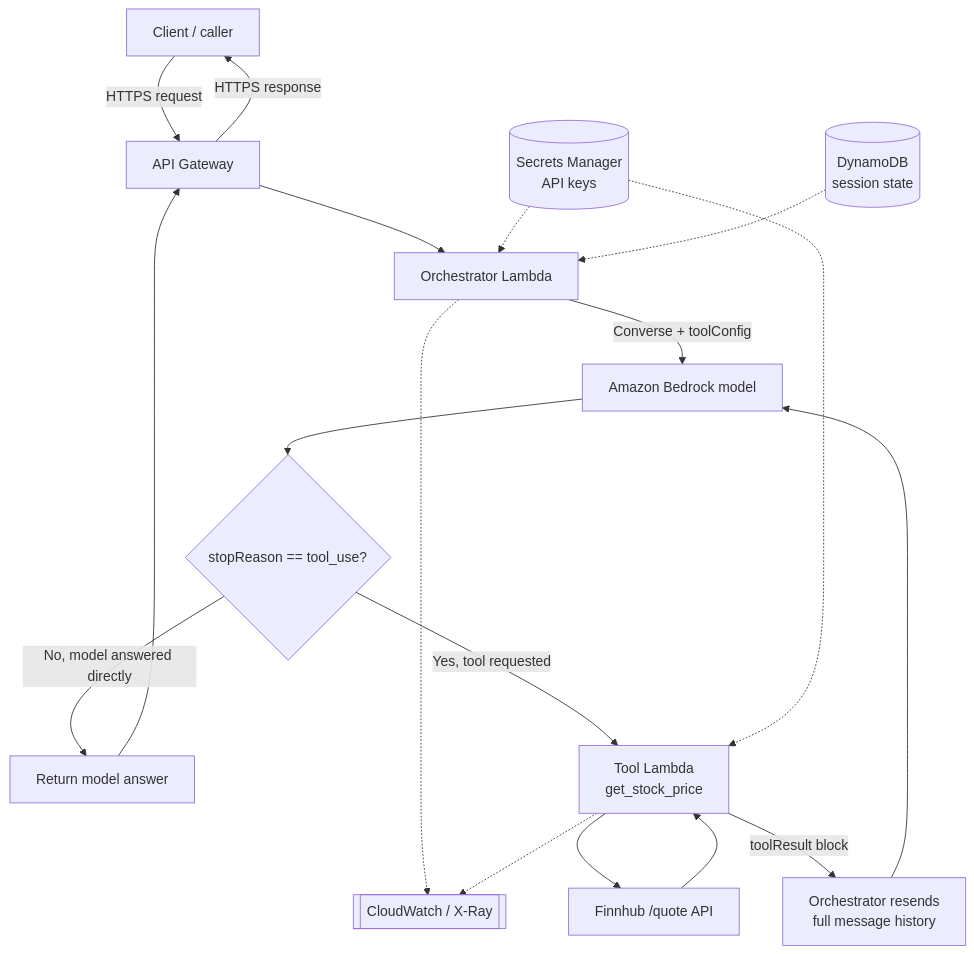
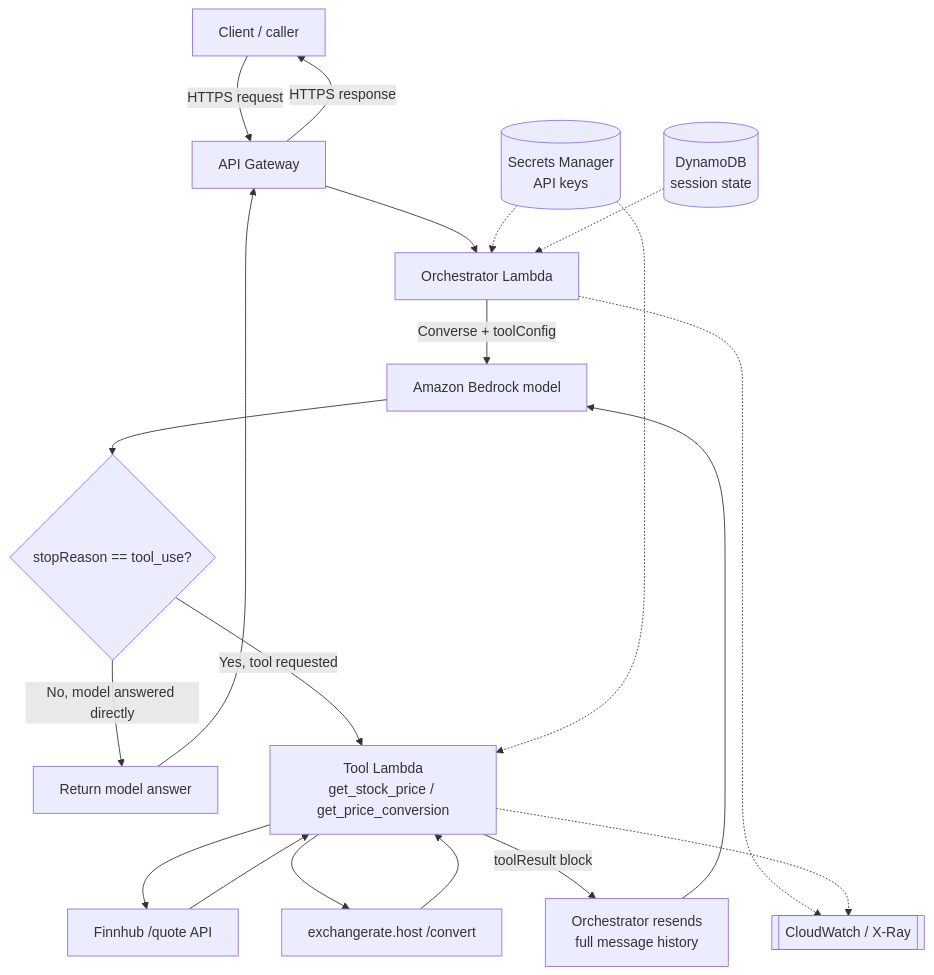
The second of 2 diagrams in ToolCalling/README.md (KiranGunturu/GenAI), drawn with Mermaid before and after one commit. The commit also changed other lines of this file and 4 other files, not shown here.

````diff
--- a/ToolCalling/README.md
+++ b/ToolCalling/README.md
@@ -205,23 +284,25 @@
 ```mermaid
 flowchart TD
     U[Client / caller] -->|HTTPS request| AGW[API Gateway]
     AGW --> ORCH[Orchestrator Lambda]
 
     ORCH -->|Converse + toolConfig| BR[Amazon Bedrock model]
     BR --> DEC{stopReason == tool_use?}
 
     DEC -- No, model answered directly --> OUT[Return model answer]
-    DEC -- Yes, tool requested --> TL[Tool Lambda<br/>get_stock_price]
+    DEC -- Yes, tool requested --> TL[Tool Lambda<br/>get_stock_price / get_price_conversion]
     TL --> FH[Finnhub /quote API]
+    TL --> EX[exchangerate.host /convert]
     FH --> TL
+    EX --> TL
     TL -->|toolResult block| ORCH2[Orchestrator resends<br/>full message history]
     ORCH2 --> BR
     OUT --> AGW
     AGW -->|HTTPS response| U
 
     SM[(Secrets Manager<br/>API keys)] -.-> ORCH
     SM -.-> TL
     DDB[(DynamoDB<br/>session state)] -.-> ORCH
     ORCH -.-> CW[[CloudWatch / X-Ray]]
     TL -.-> CW
 ```
````
